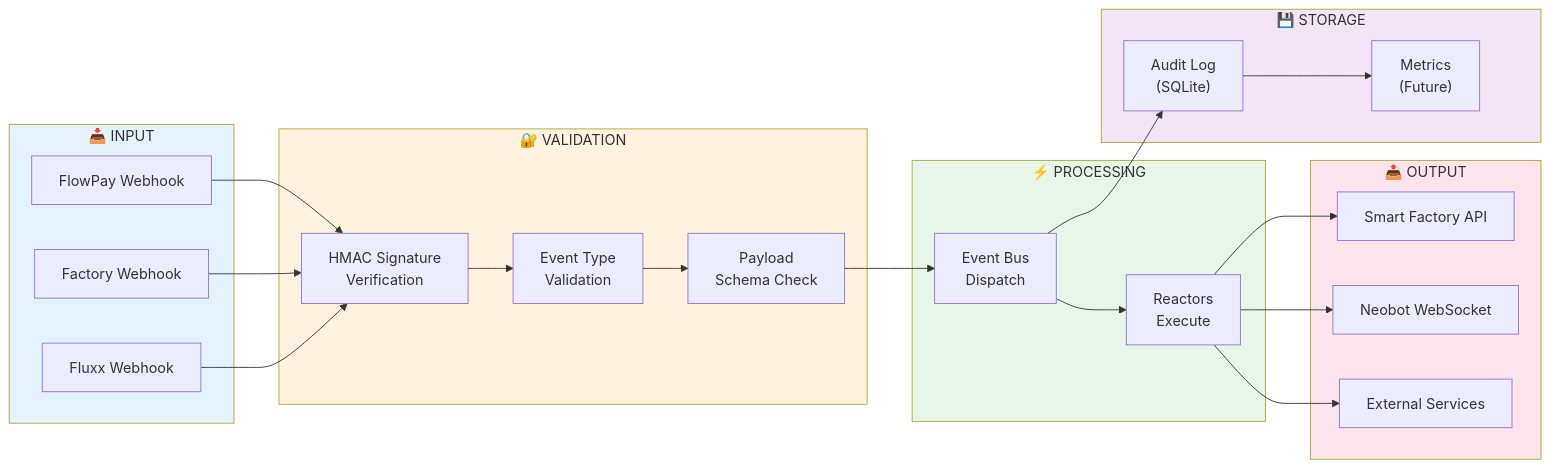
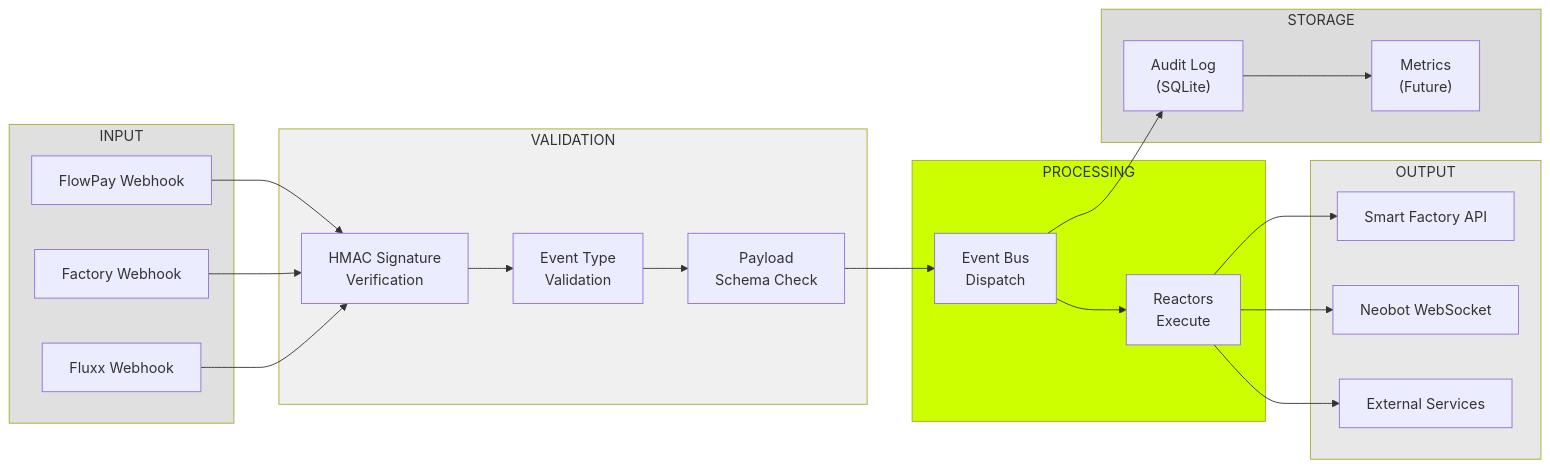
One commit to NEO-PROTOCOL/neo-nexus changed the third of 5 diagrams in docs/ARCHITECTURE_DIAGRAM.md. Above: the diagram before and after it, drawn with Mermaid. The commit also changed other lines of this file and 16 other files, not shown here.

Commit message:
chore: organize docs structure and update diagram visual identity

````diff
--- a/docs/ARCHITECTURE_DIAGRAM.md
+++ b/docs/ARCHITECTURE_DIAGRAM.md
@@ -154,53 +158,53 @@
 ```mermaid
 flowchart LR
-    subgraph Input["📥 INPUT"]
+    subgraph Input["INPUT"]
         WH1["FlowPay Webhook"]
         WH2["Factory Webhook"]
         WH3["Fluxx Webhook"]
     end
     
-    subgraph Validation["🔐 VALIDATION"]
+    subgraph Validation["VALIDATION"]
         SIG["HMAC Signature<br/>Verification"]
         TYPE["Event Type<br/>Validation"]
         PAYLOAD["Payload<br/>Schema Check"]
     end
     
-    subgraph Processing["⚡ PROCESSING"]
+    subgraph Processing["PROCESSING"]
         BUS["Event Bus<br/>Dispatch"]
         REACT["Reactors<br/>Execute"]
     end
     
-    subgraph Storage["💾 STORAGE"]
+    subgraph Storage["STORAGE"]
         AUDIT["Audit Log<br/>(SQLite)"]
         METRICS["Metrics<br/>(Future)"]
     end
     
-    subgraph Output["📤 OUTPUT"]
+    subgraph Output["OUTPUT"]
         API1["Smart Factory API"]
         API2["Neobot WebSocket"]
         API3["External Services"]
     end
     
     WH1 --> SIG
     WH2 --> SIG
     WH3 --> SIG
     
     SIG --> TYPE
     TYPE --> PAYLOAD
     PAYLOAD --> BUS
     
     BUS --> AUDIT
     BUS --> REACT
     
     REACT --> API1
     REACT --> API2
     REACT --> API3
     
     AUDIT --> METRICS
     
-    style Input fill:#e3f2fd
-    style Validation fill:#fff3e0
-    style Processing fill:#e8f5e9
-    style Storage fill:#f3e5f5
-    style Output fill:#fce4ec
+    style Input fill:#e0e0e0
+    style Validation fill:#f0f0f0
+    style Processing fill:#ccff00
+    style Storage fill:#dcdcdc
+    style Output fill:#e8e8e8
 ```
````
